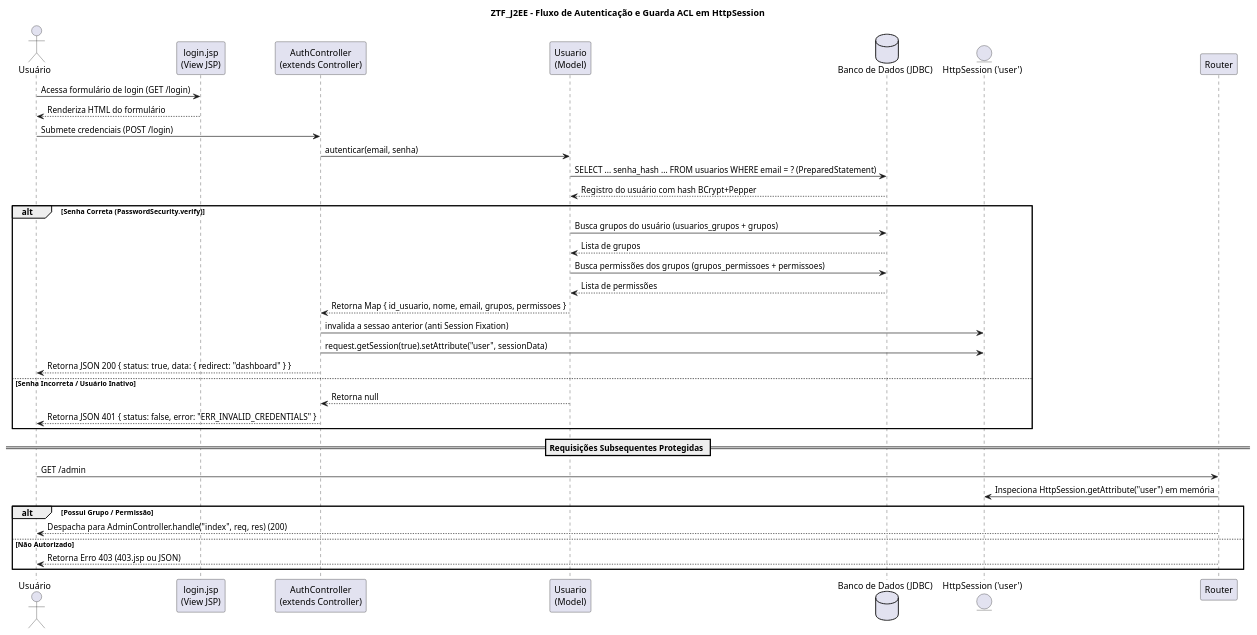
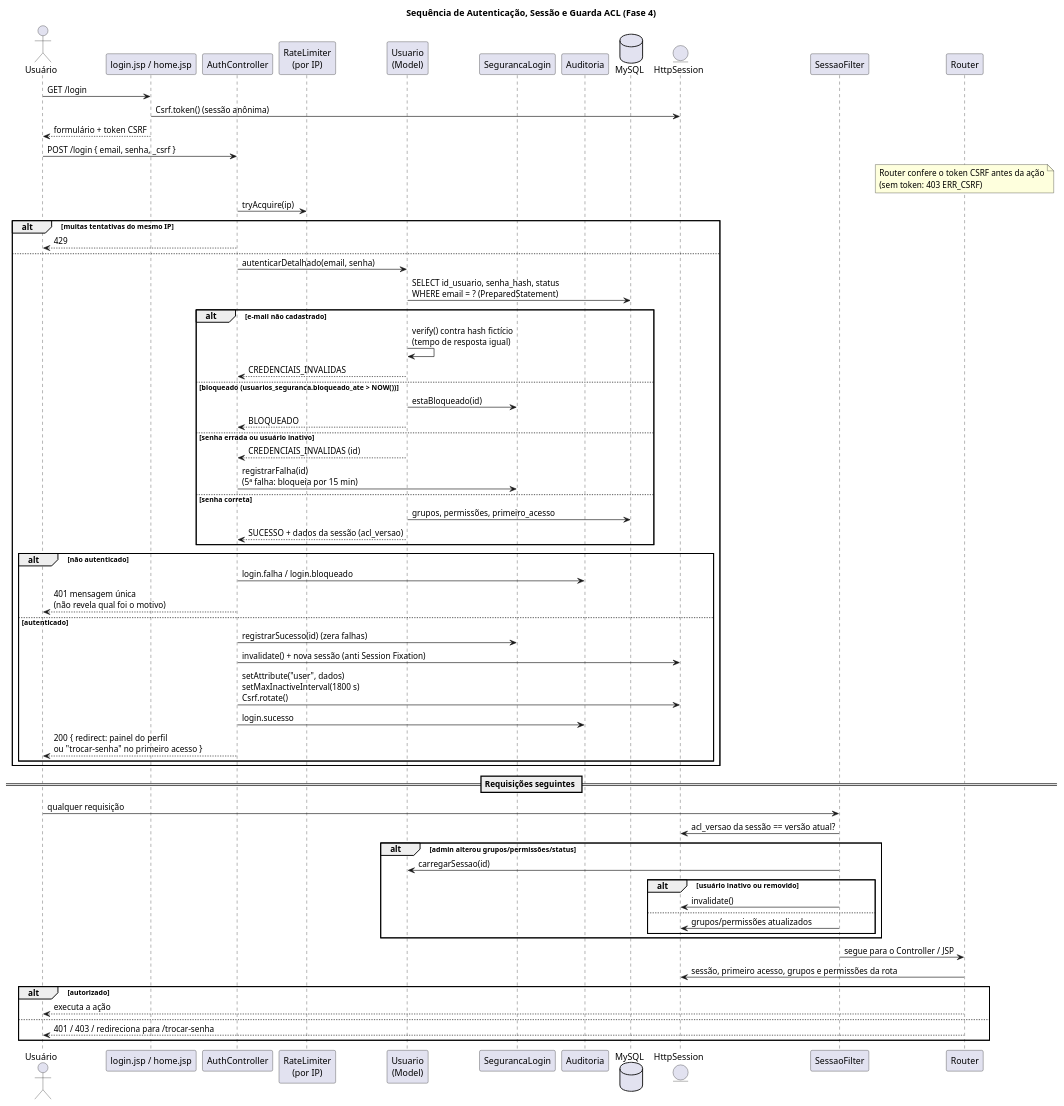
One commit to roobertoAlves/hospital-case-backend changed the diagram in src/main/webapp/WEB-INF/documentation/Session_ACL.puml. Above: the diagram before and after it, drawn with PlantUML. The commit also changed 12 other files, not shown here.

First line of the commit message:
docs(fase4): diagramas do Router, autenticacao, arquitetura, classes e RBAC

```diff
--- a/src/main/webapp/WEB-INF/documentation/Session_ACL.puml
+++ b/src/main/webapp/WEB-INF/documentation/Session_ACL.puml
@@ -1,45 +1,73 @@
 @startuml Session_ACL
-title ZTF_J2EE - Fluxo de Autenticação e Guarda ACL em HttpSession
+title Sequência de Autenticação, Sessão e Guarda ACL (Fase 4)
 
 actor "Usuário" as User
-participant "login.jsp\n(View JSP)" as View
-participant "AuthController\n(extends Controller)" as Auth
+participant "login.jsp / home.jsp" as View
+participant "AuthController" as Auth
+participant "RateLimiter\n(por IP)" as Limiter
 participant "Usuario\n(Model)" as Model
-database "Banco de Dados (JDBC)" as DB
-entity "HttpSession ('user')" as Session
+participant "SegurancaLogin" as Seg
+participant "Auditoria" as Aud
+database "MySQL" as DB
+entity "HttpSession" as Session
+participant "SessaoFilter" as Filtro
 participant "Router" as Router
 
-User -> View : Acessa formulário de login (GET /login)
-View --> User : Renderiza HTML do formulário
+User -> View : GET /login
+View -> Session : Csrf.token() (sessão anônima)
+View --> User : formulário + token CSRF
 
-User -> Auth : Submete credenciais (POST /login)
-Auth -> Model : autenticar(email, senha)
-Model -> DB : SELECT ... senha_hash ... FROM usuarios WHERE email = ? (PreparedStatement)
-DB --> Model : Registro do usuário com hash BCrypt+Pepper
+User -> Auth : POST /login { email, senha, _csrf }
+note over Router : Router confere o token CSRF antes da ação\n(sem token: 403 ERR_CSRF)
+Auth -> Limiter : tryAcquire(ip)
+alt muitas tentativas do mesmo IP
+    Auth --> User : 429
+else
+    Auth -> Model : autenticarDetalhado(email, senha)
+    Model -> DB : SELECT id_usuario, senha_hash, status\nWHERE email = ? (PreparedStatement)
+    alt e-mail não cadastrado
+        Model -> Model : verify() contra hash fictício\n(tempo de resposta igual)
+        Model --> Auth : CREDENCIAIS_INVALIDAS
+    else bloqueado (usuarios_seguranca.bloqueado_ate > NOW())
+        Model -> Seg : estaBloqueado(id)
+        Model --> Auth : BLOQUEADO
+    else senha errada ou usuário inativo
+        Model --> Auth : CREDENCIAIS_INVALIDAS (id)
+        Auth -> Seg : registrarFalha(id)\n(5ª falha: bloqueia por 15 min)
+    else senha correta
+        Model -> DB : grupos, permissões, primeiro_acesso
+        Model --> Auth : SUCESSO + dados da sessão (acl_versao)
+    end
 
-alt Senha Correta (PasswordSecurity.verify)
-    Model -> DB : Busca grupos do usuário (usuarios_grupos + grupos)
-    DB --> Model : Lista de grupos
-    Model -> DB : Busca permissões dos grupos (grupos_permissoes + permissoes)
-    DB --> Model : Lista de permissões
-
-    Model --> Auth : Retorna Map { id_usuario, nome, email, grupos, permissoes }
-    Auth -> Session : invalida a sessao anterior (anti Session Fixation)
-    Auth -> Session : request.getSession(true).setAttribute("user", sessionData)
-    Auth --> User : Retorna JSON 200 { status: true, data: { redirect: "dashboard" } }
-else Senha Incorreta / Usuário Inativo
-    Model --> Auth : Retorna null
-    Auth --> User : Retorna JSON 401 { status: false, error: "ERR_INVALID_CREDENTIALS" }
+    alt não autenticado
+        Auth -> Aud : login.falha / login.bloqueado
+        Auth --> User : 401 mensagem única\n(não revela qual foi o motivo)
+    else autenticado
+        Auth -> Seg : registrarSucesso(id) (zera falhas)
+        Auth -> Session : invalidate() + nova sessão (anti Session Fixation)
+        Auth -> Session : setAttribute("user", dados)\nsetMaxInactiveInterval(1800 s)\nCsrf.rotate()
+        Auth -> Aud : login.sucesso
+        Auth --> User : 200 { redirect: painel do perfil\nou "trocar-senha" no primeiro acesso }
+    end
 end
 
-== Requisições Subsequentes Protegidas ==
+== Requisições seguintes ==
 
-User -> Router : GET /admin
-Router -> Session : Inspeciona HttpSession.getAttribute("user") em memória
-alt Possui Grupo / Permissão
-    Router --> User : Despacha para AdminController.handle("index", req, res) (200)
-else Não Autorizado
-    Router --> User : Retorna Erro 403 (403.jsp ou JSON)
+User -> Filtro : qualquer requisição
+Filtro -> Session : acl_versao da sessão == versão atual?
+alt admin alterou grupos/permissões/status
+    Filtro -> Model : carregarSessao(id)
+    alt usuário inativo ou removido
+        Filtro -> Session : invalidate()
+    else
+        Filtro -> Session : grupos/permissões atualizados
+    end
 end
-
+Filtro -> Router : segue para o Controller / JSP
+Router -> Session : sessão, primeiro acesso, grupos e permissões da rota
+alt autorizado
+    Router --> User : executa a ação
+else
+    Router --> User : 401 / 403 / redireciona para /trocar-senha
+end
 @enduml
```
